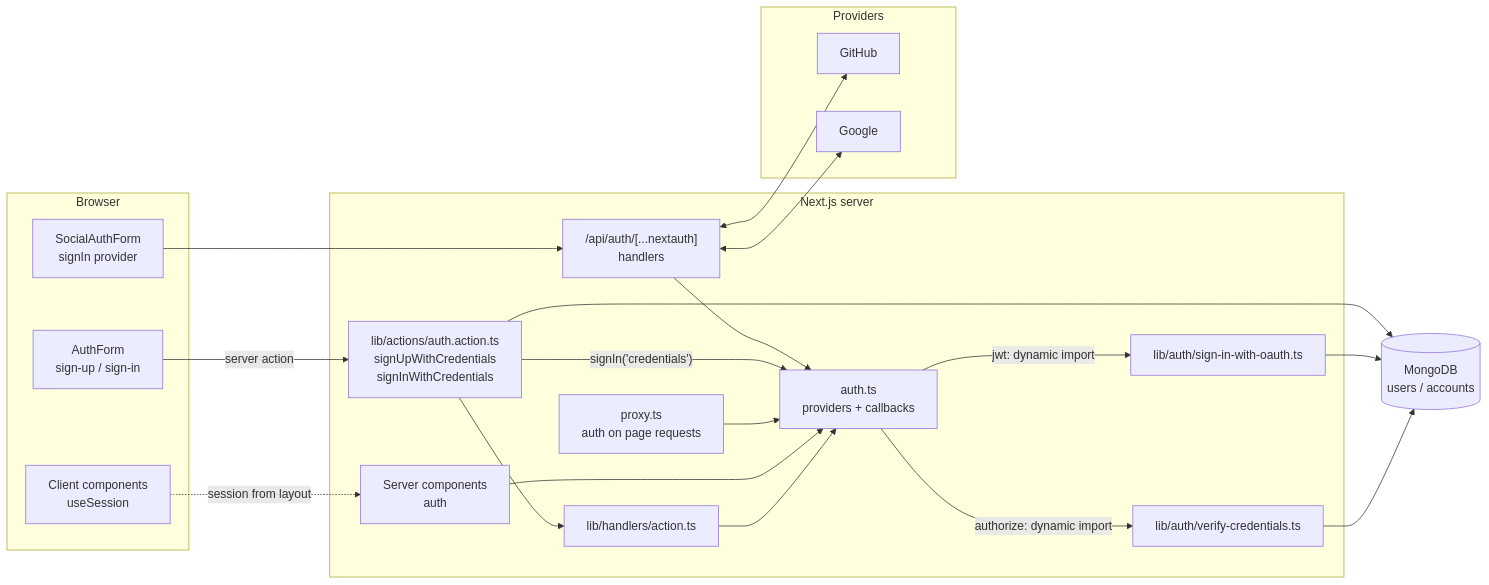
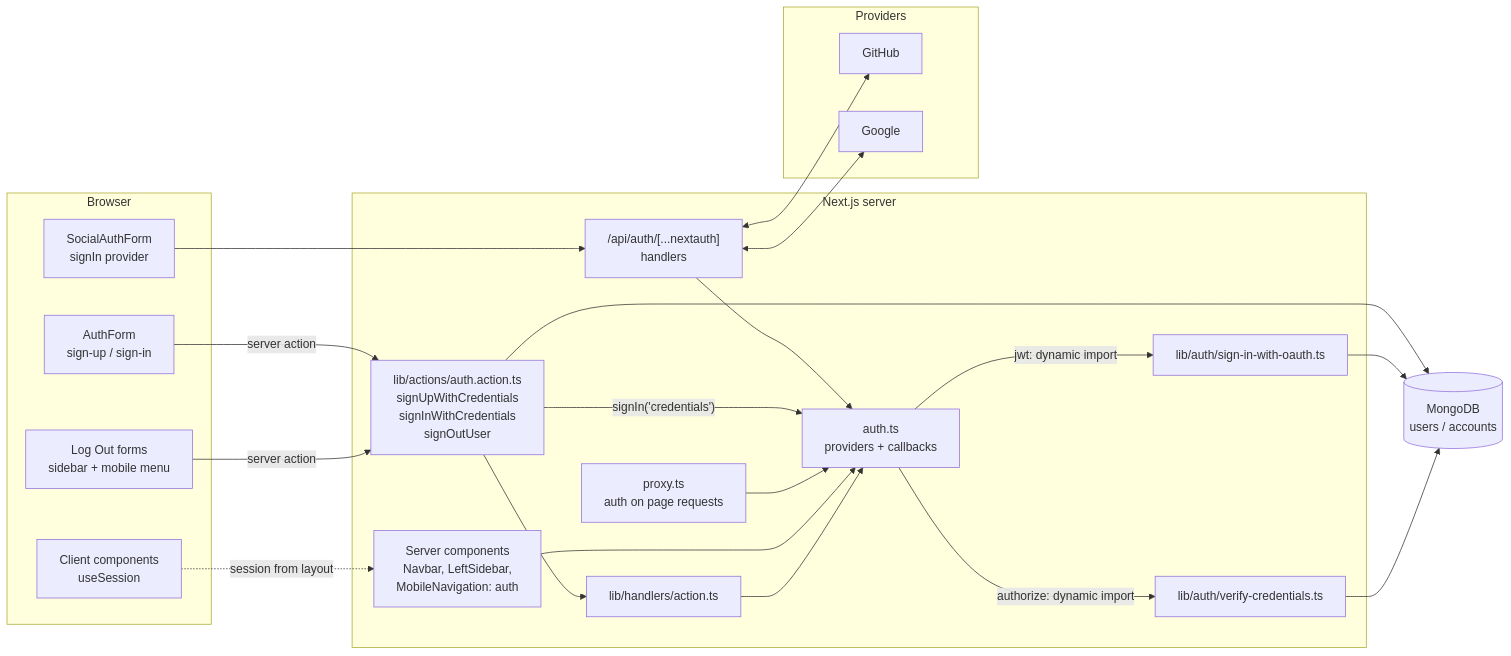
The first of 9 diagrams in docs/AUTH.md (firihy/dev-over-flow), drawn with Mermaid before and after one commit. The commit also changed other lines of this file, not shown here.

Commit message:
docs: add sign-out and avatar to the auth doc

````diff
--- a/docs/AUTH.md
+++ b/docs/AUTH.md
@@ -39,43 +42,45 @@
 ```mermaid
 flowchart LR
   subgraph Browser
     SAF[SocialAuthForm<br/>signIn provider]
     AF[AuthForm<br/>sign-up / sign-in]
+    LO[Log Out forms<br/>sidebar + mobile menu]
     CC[Client components<br/>useSession]
   end
 
   subgraph Next.js server
     PX[proxy.ts<br/>auth on page requests]
     RH["/api/auth/[...nextauth]<br/>handlers"]
     AUTH[auth.ts<br/>providers + callbacks]
     SIO[lib/auth/sign-in-with-oauth.ts]
     SIC[lib/auth/verify-credentials.ts]
-    SUA[lib/actions/auth.action.ts<br/>signUpWithCredentials<br/>signInWithCredentials]
+    SUA[lib/actions/auth.action.ts<br/>signUpWithCredentials<br/>signInWithCredentials<br/>signOutUser]
     ACT[lib/handlers/action.ts]
-    RSC[Server components<br/>auth]
+    RSC[Server components<br/>Navbar, LeftSidebar,<br/>MobileNavigation: auth]
   end
 
   subgraph Providers
     GH[GitHub]
     GO[Google]
   end
 
   DB[(MongoDB<br/>users / accounts)]
 
   SAF --> RH
   RH <--> GH
   RH <--> GO
   RH --> AUTH
   AF -- server action --> SUA
+  LO -- server action --> SUA
   SUA --> ACT
   SUA -- "signIn('credentials')" --> AUTH
   SUA --> DB
   AUTH -- "jwt: dynamic import" --> SIO
   AUTH -- "authorize: dynamic import" --> SIC
   SIO --> DB
   SIC --> DB
   PX --> AUTH
   RSC --> AUTH
   ACT --> AUTH
   CC -. session from layout .-> RSC
 ```
````
